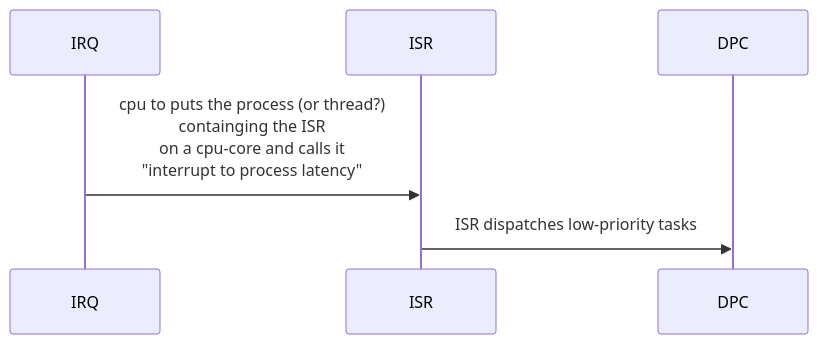
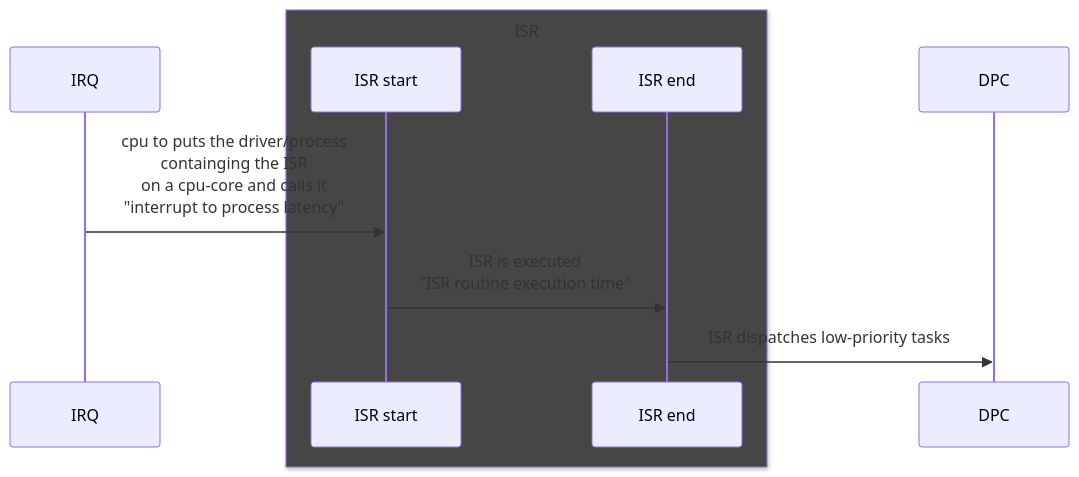
Before and after one commit to juwens/cheat-sheet: the diagram in pc/interrupts.adoc, drawn with Mermaid.

````diff
--- a/pc/interrupts.adoc
+++ b/pc/interrupts.adoc
@@ -10,8 +10,12 @@
 ```mermaid
 sequenceDiagram
     participant IRQ
-    participant ISR
+box rgb(70, 70, 70) ISR
+    participant ISR start
+    participant ISR end
+end
     participant DPC
-    IRQ->>ISR: cpu to puts the process (or thread?)<br/>containging the ISR<br/>on a cpu-core and calls it<br/>"interrupt to process latency"
-    ISR->>DPC: ISR dispatches low-priority tasks
+    IRQ->>ISR start: cpu to puts the driver/process<br/>containging the ISR<br/>on a cpu-core and calls it<br/>"interrupt to process latency"
+    ISR start->>ISR end: ISR is executed<br/>"ISR routine execution time"
+    ISR end->>DPC: ISR dispatches low-priority tasks
 ```
````
